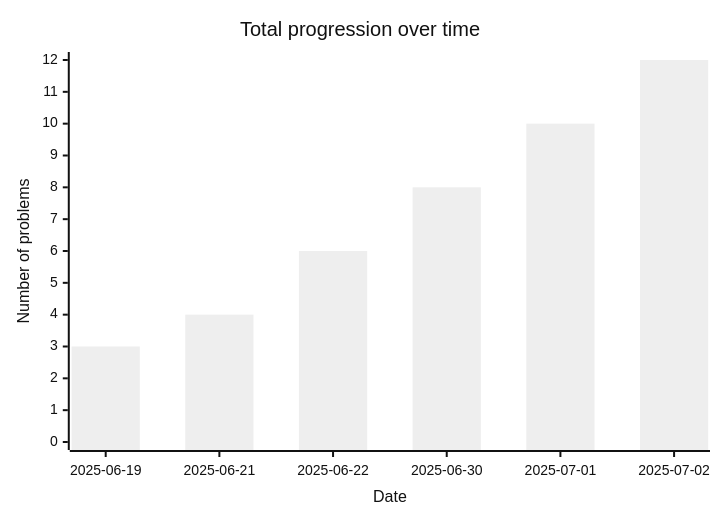
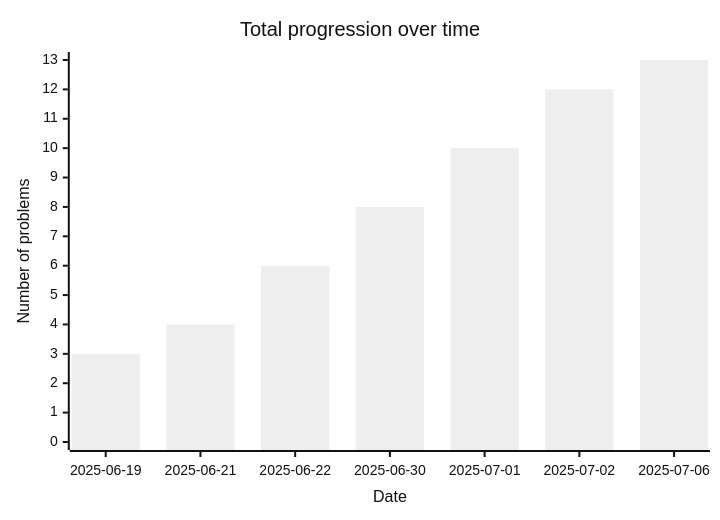
Before and after one commit to Hugo-Hbrt/leetcode-diary: the diagram in README.md, drawn with Mermaid (neutral theme). The commit also changed other lines of this file and 1 other file, not shown here.

Commit message:
[BOT] Update README files

````diff
--- a/README.md
+++ b/README.md
@@ -14,10 +14,10 @@
 ```mermaid
 ---
 config:
 ---
 xychart-beta
     title "Total progression over time"
-    x-axis Date[2025-06-19, 2025-06-21, 2025-06-22, 2025-06-30, 2025-07-01, 2025-07-02]
-    y-axis "Number of problems" 0 --> 12
-    bar[3, 4, 6, 8, 10, 12]
+    x-axis Date[2025-06-19, 2025-06-21, 2025-06-22, 2025-06-30, 2025-07-01, 2025-07-02, 2025-07-06]
+    y-axis "Number of problems" 0 --> 13
+    bar[3, 4, 6, 8, 10, 12, 13]
 ```
````
